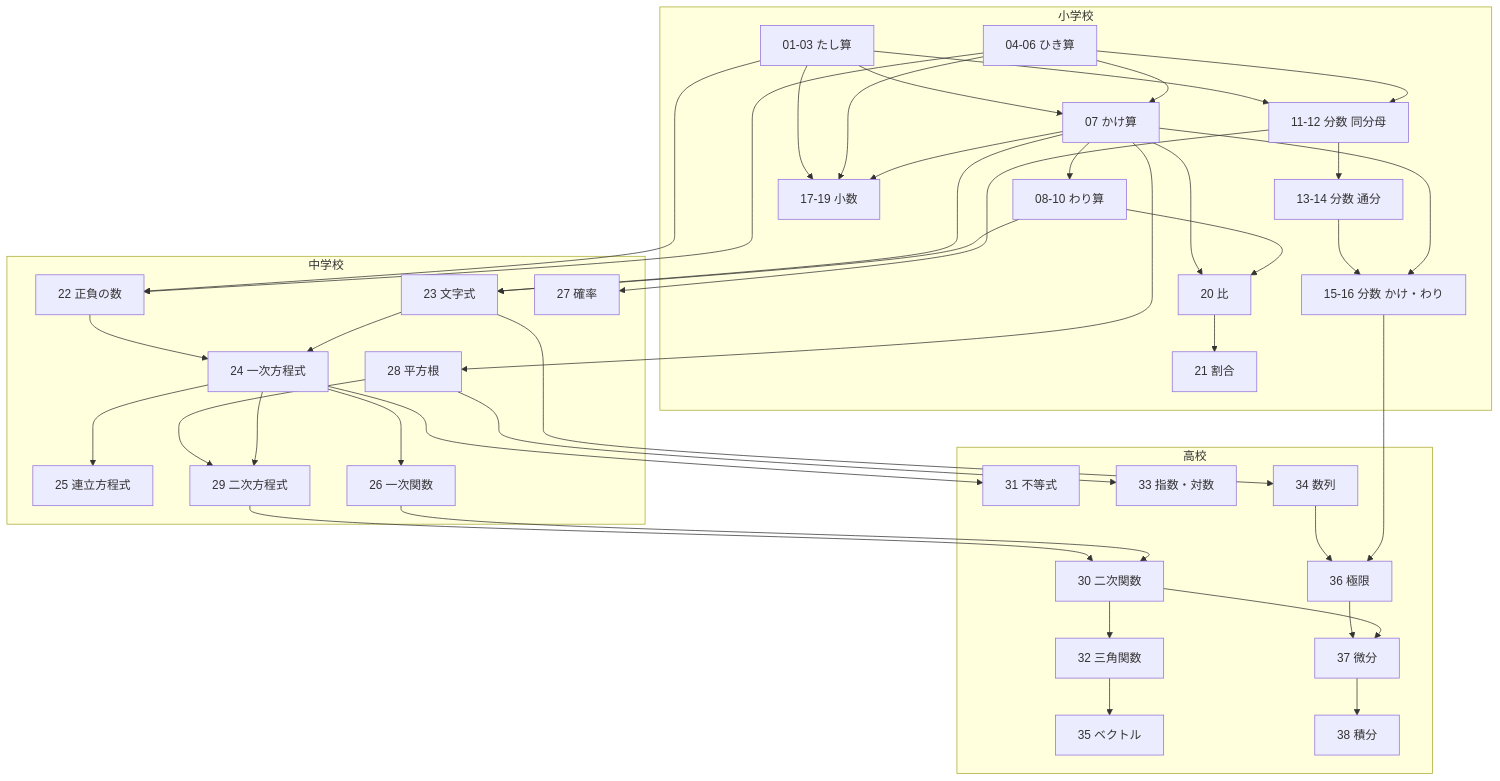
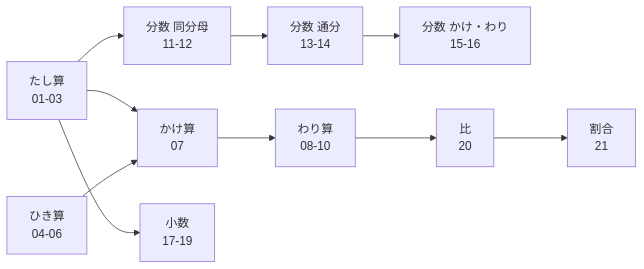
One commit to goataka/study changed the first of 3 diagrams in contents/math/README.md. Above: the diagram before and after it, drawn with Mermaid. The commit also changed other lines of this file and 1 other file, not shown here.

First line of the commit message:
Move example column right of guide, split mermaid diagram by school level for readability

````diff
--- a/contents/math/README.md
+++ b/contents/math/README.md
@@ -62,77 +64,12 @@
 ```mermaid
-graph TD
-    subgraph 小学校
-        A01[01-03 たし算]
-        A04[04-06 ひき算]
-        A07[07 かけ算]
-        A08[08-10 わり算]
-        A11[11-12 分数 同分母]
-        A13[13-14 分数 通分]
-        A15[15-16 分数 かけ・わり]
-        A17[17-19 小数]
-        A20[20 比]
-        A21[21 割合]
-    end
-
-    subgraph 中学校
-        A22[22 正負の数]
-        A23[23 文字式]
-        A24[24 一次方程式]
-        A25[25 連立方程式]
-        A26[26 一次関数]
-        A27[27 確率]
-        A28[28 平方根]
-        A29[29 二次方程式]
-    end
-
-    subgraph 高校
-        A30[30 二次関数]
-        A31[31 不等式]
-        A32[32 三角関数]
-        A33[33 指数・対数]
-        A34[34 数列]
-        A35[35 ベクトル]
-        A36[36 極限]
-        A37[37 微分]
-        A38[38 積分]
-    end
-
-    A01 --> A07
-    A04 --> A07
-    A07 --> A08
-    A01 --> A11
-    A04 --> A11
-    A11 --> A13
-    A13 --> A15
-    A07 --> A15
-    A01 --> A17
-    A04 --> A17
-    A07 --> A17
-    A07 --> A20
-    A08 --> A20
-    A20 --> A21
-    A01 --> A22
-    A04 --> A22
-    A07 --> A23
-    A08 --> A23
-    A22 --> A24
-    A23 --> A24
-    A24 --> A25
-    A24 --> A26
-    A11 --> A27
-    A07 --> A28
-    A28 --> A29
-    A24 --> A29
-    A29 --> A30
-    A26 --> A30
-    A24 --> A31
-    A30 --> A32
-    A28 --> A33
-    A23 --> A34
-    A32 --> A35
-    A34 --> A36
-    A15 --> A36
-    A36 --> A37
-    A30 --> A37
-    A37 --> A38
+flowchart LR
+    A01[たし算\n01-03] --> A07[かけ算\n07]
+    A04[ひき算\n04-06] --> A07
+    A07 --> A08[わり算\n08-10]
+    A01 --> A11[分数 同分母\n11-12]
+    A11 --> A13[分数 通分\n13-14]
+    A13 --> A15[分数 かけ・わり\n15-16]
+    A01 --> A17[小数\n17-19]
+    A08 --> A20[比\n20]
+    A20 --> A21[割合\n21]
 ```
````
